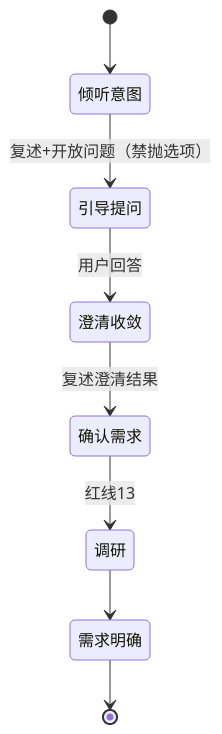
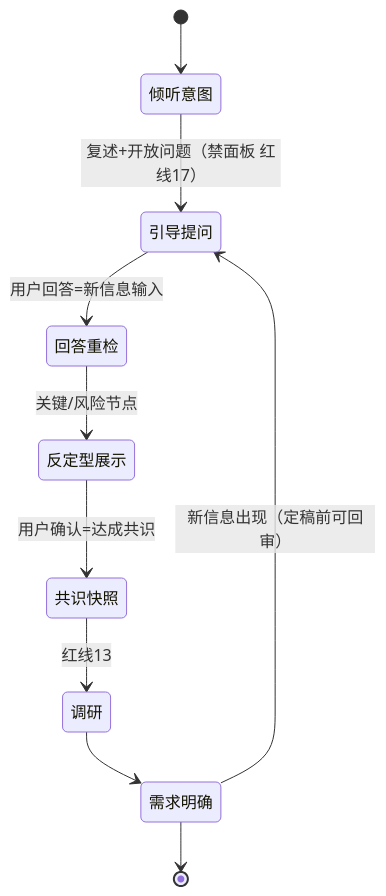
Before and after one commit to The-Daybreaker/project-spec: the seventh of 14 diagrams in docs/FLOW.md, drawn with Mermaid. The commit also changed other lines of this file and 17 other files, not shown here.

````diff
--- a/docs/FLOW.md
+++ b/docs/FLOW.md
@@ -96,10 +98,12 @@
 ```mermaid
 stateDiagram-v2
     [*] --> 倾听意图
-    倾听意图 --> 引导提问: 复述+开放问题（禁抛选项）
-    引导提问 --> 澄清收敛: 用户回答
-    澄清收敛 --> 确认需求: 复述澄清结果
-    确认需求 --> 调研: 红线13
+    倾听意图 --> 引导提问: 复述+开放问题（禁面板 红线17）
+    引导提问 --> 回答重检: 用户回答=新信息输入
+    回答重检 --> 反定型展示: 关键/风险节点
+    反定型展示 --> 共识快照: 用户确认=达成共识
+    共识快照 --> 调研: 红线13
     调研 --> 需求明确
+    需求明确 --> 引导提问: 新信息出现（定稿前可回审）
     需求明确 --> [*]
 ```
````
